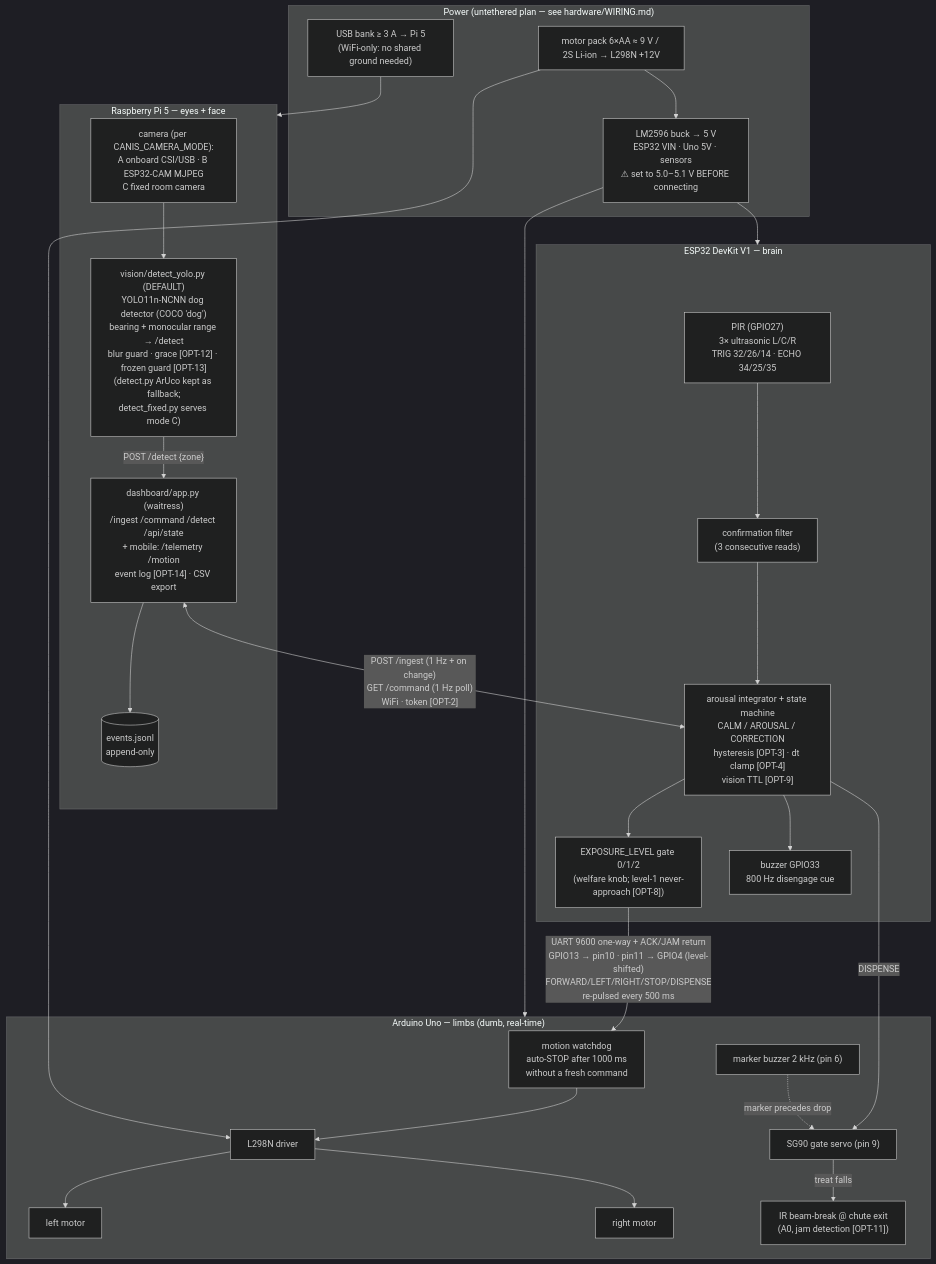
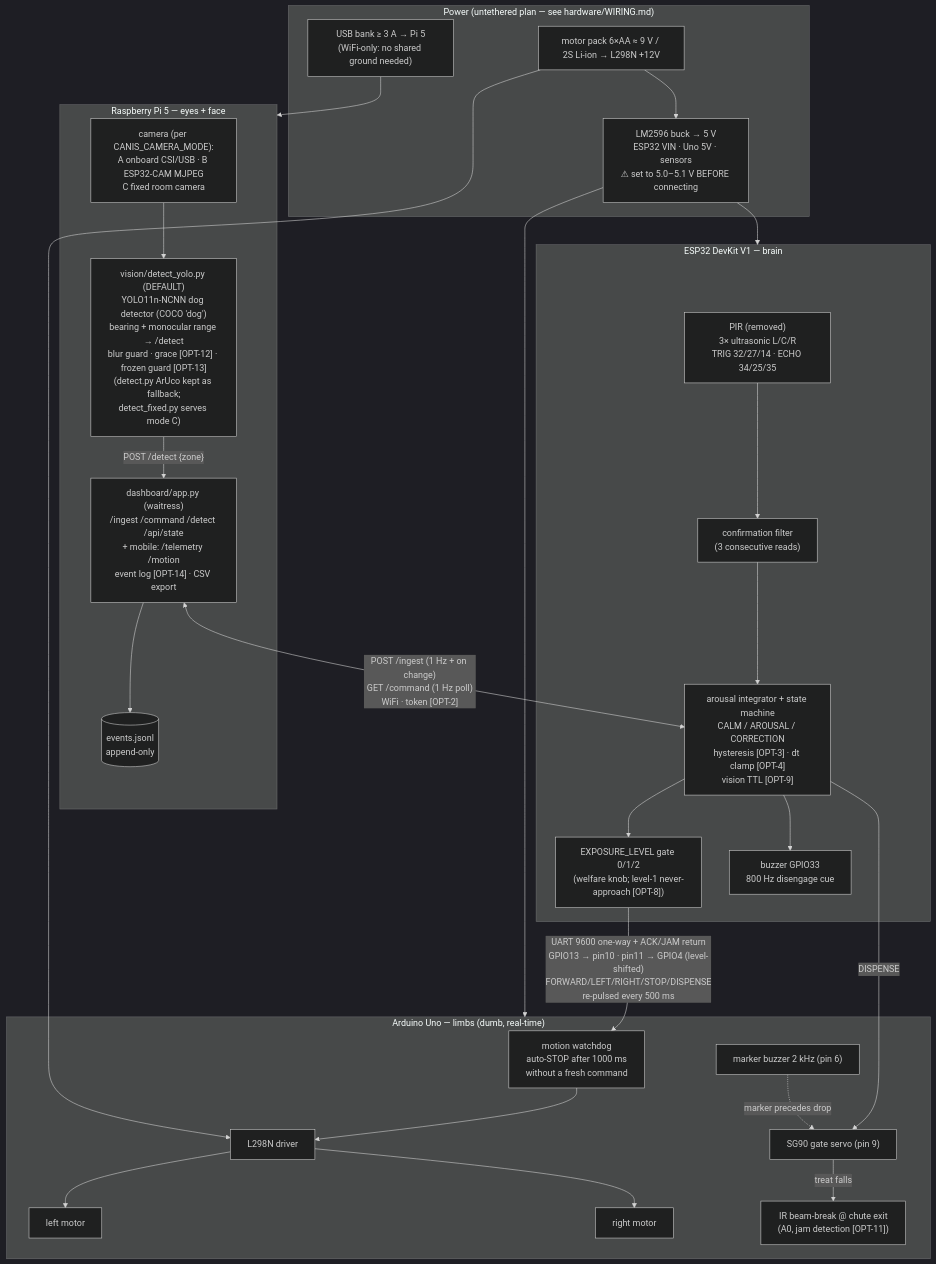
One commit to Sidsolegend/CANIS changed the first of 7 diagrams in optimized/docs/ARCHITECTURE.md. Above: the diagram before and after it, drawn with Mermaid (dark theme). The commit also changed 4 other files, not shown here.

````diff
--- a/optimized/docs/ARCHITECTURE.md
+++ b/optimized/docs/ARCHITECTURE.md
@@ -14,53 +14,53 @@
 ```mermaid
 flowchart TB
     subgraph PI["Raspberry Pi 5 — eyes + face"]
         CAM["camera (per CANIS_CAMERA_MODE):<br/>A onboard CSI/USB · B ESP32-CAM MJPEG<br/>C fixed room camera"]
         DET["vision/detect_yolo.py (DEFAULT)<br/>YOLO11n-NCNN dog detector (COCO 'dog')<br/>bearing + monocular range → /detect<br/>blur guard · grace [OPT-12] · frozen guard [OPT-13]<br/>(detect.py ArUco kept as fallback;<br/>detect_fixed.py serves mode C)"]
         DASH["dashboard/app.py (waitress)<br/>/ingest /command /detect /api/state<br/>+ mobile: /telemetry /motion<br/>event log [OPT-14] · CSV export"]
         LOG[("events.jsonl<br/>append-only")]
         CAM --> DET
         DET -- "POST /detect {zone}" --> DASH
         DASH --> LOG
     end
 
     subgraph ESP["ESP32 DevKit V1 — brain"]
-        SENS["PIR (GPIO27)<br/>3× ultrasonic L/C/R<br/>TRIG 32/26/14 · ECHO 34/25/35"]
+        SENS["PIR (removed)<br/>3× ultrasonic L/C/R<br/>TRIG 32/27/14 · ECHO 34/25/35"]
         CONF["confirmation filter<br/>(3 consecutive reads)"]
         FSM["arousal integrator + state machine<br/>CALM / AROUSAL / CORRECTION<br/>hysteresis [OPT-3] · dt clamp [OPT-4]<br/>vision TTL [OPT-9]"]
         GATE["EXPOSURE_LEVEL gate 0/1/2<br/>(welfare knob; level-1 never-approach [OPT-8])"]
         BZ1["buzzer GPIO33<br/>800 Hz disengage cue"]
         SENS --> CONF --> FSM
         FSM --> GATE
         FSM --> BZ1
     end
 
     subgraph UNO["Arduino Uno — limbs (dumb, real-time)"]
         WD["motion watchdog<br/>auto-STOP after 1000 ms<br/>without a fresh command"]
         L298["L298N driver"]
         M1["left motor"]
         M2["right motor"]
         SRV["SG90 gate servo (pin 9)"]
         BZ2["marker buzzer 2 kHz (pin 6)"]
         BEAM["IR beam-break @ chute exit<br/>(A0, jam detection [OPT-11])"]
         WD --> L298
         L298 --> M1
         L298 --> M2
     end
 
     DASH <-- "POST /ingest (1 Hz + on change)<br/>GET /command (1 Hz poll)<br/>WiFi · token [OPT-2]" --> FSM
     GATE -- "UART 9600 one-way + ACK/JAM return<br/>GPIO13 → pin10 · pin11 → GPIO4 (level-shifted)<br/>FORWARD/LEFT/RIGHT/STOP/DISPENSE<br/>re-pulsed every 500 ms" --> WD
     FSM -- "DISPENSE" --> SRV
     BZ2 -. "marker precedes drop" .-> SRV
     SRV -- "treat falls" --> BEAM
 
     subgraph PWR["Power (untethered plan — see hardware/WIRING.md)"]
         BANK["USB bank ≥ 3 A → Pi 5<br/>(WiFi-only: no shared ground needed)"]
         PACK["motor pack 6×AA ≈ 9 V / 2S Li-ion → L298N +12V"]
         BUCK["LM2596 buck → 5 V<br/>ESP32 VIN · Uno 5V · sensors<br/>⚠ set to 5.0–5.1 V BEFORE connecting"]
         PACK --> BUCK
     end
     BANK --> PI
     PACK --> L298
     BUCK --> ESP
     BUCK --> UNO
 ```
````
